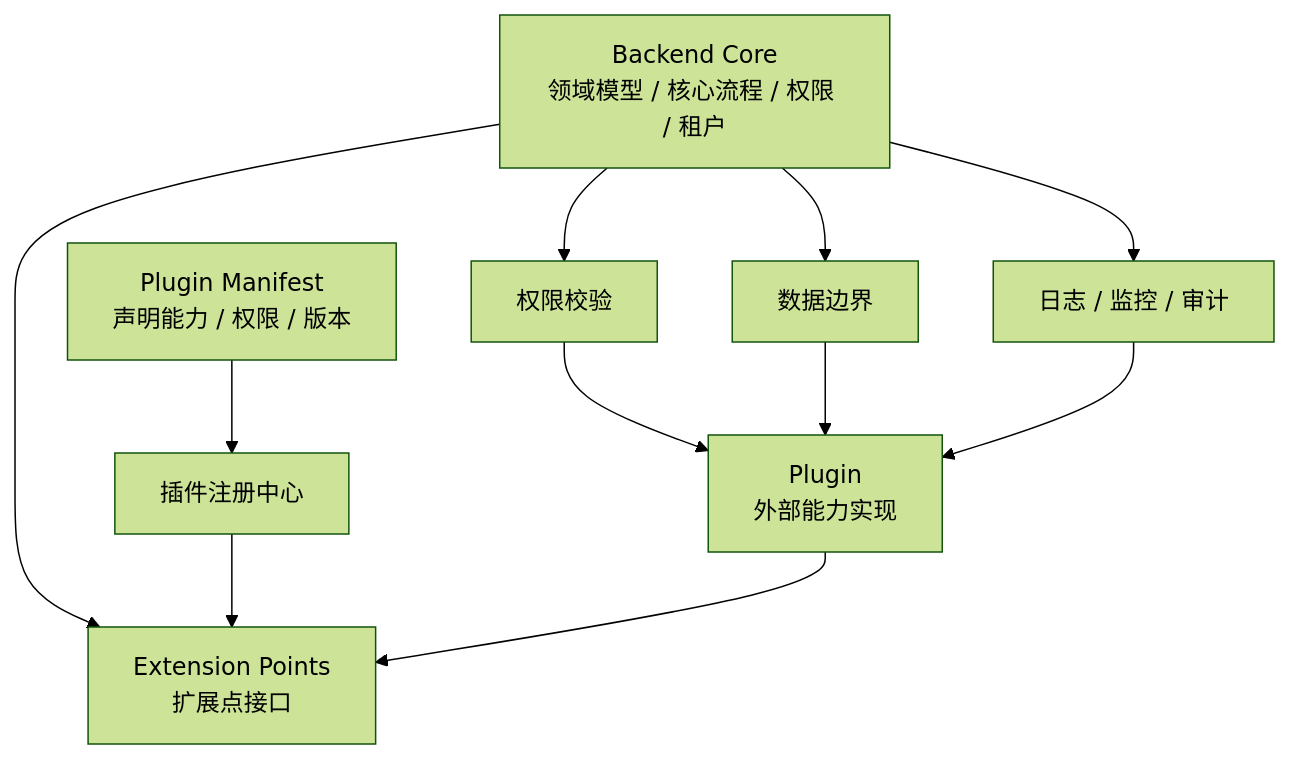
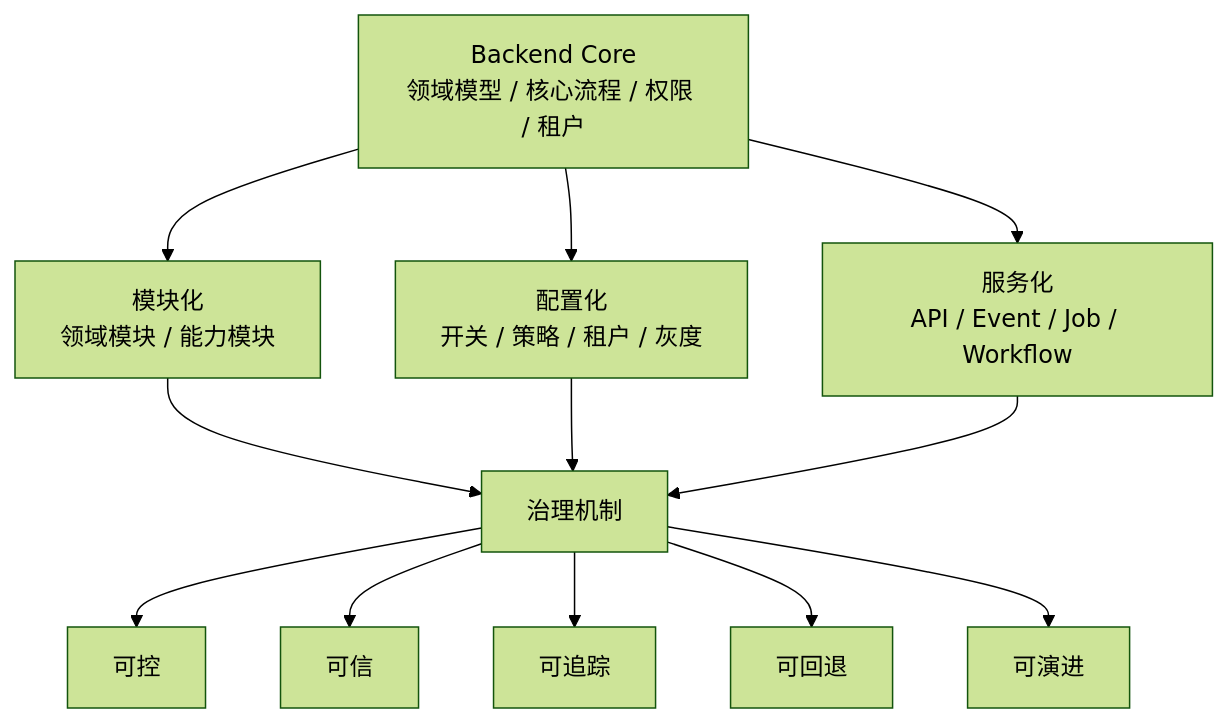
The first of 5 diagrams in job/mod/backend-plugin-modularization.md (XiaoYang1127/dev-doc), drawn with Mermaid (forest theme) before and after one commit. The commit also changed other lines of this file and 5 other files, not shown here.

````diff
--- a/job/mod/backend-plugin-modularization.md
+++ b/job/mod/backend-plugin-modularization.md
@@ -19,15 +21,16 @@
 ```mermaid
 flowchart TB
-    Core[Backend Core<br/>领域模型 / 核心流程 / 权限 / 租户] --> EP[Extension Points<br/>扩展点接口]
-    Manifest[Plugin Manifest<br/>声明能力 / 权限 / 版本] --> Registry[插件注册中心]
-    Registry --> EP
-    Plugin[Plugin<br/>外部能力实现] --> EP
+    Core[Backend Core<br/>领域模型 / 核心流程 / 权限 / 租户] --> Module[模块化<br/>领域模块 / 能力模块]
+    Core --> Config[配置化<br/>开关 / 策略 / 租户 / 灰度]
+    Core --> Service[服务化<br/>API / Event / Job / Workflow]
 
-    Core --> Auth[权限校验]
-    Core --> Data[数据边界]
-    Core --> Obs[日志 / 监控 / 审计]
+    Module --> Governance[治理机制]
+    Config --> Governance
+    Service --> Governance
 
-    Auth --> Plugin
-    Data --> Plugin
-    Obs --> Plugin
+    Governance --> Control[可控]
+    Governance --> Trust[可信]
+    Governance --> Trace[可追踪]
+    Governance --> Fallback[可回退]
+    Governance --> Evolution[可演进]
 ```
````
